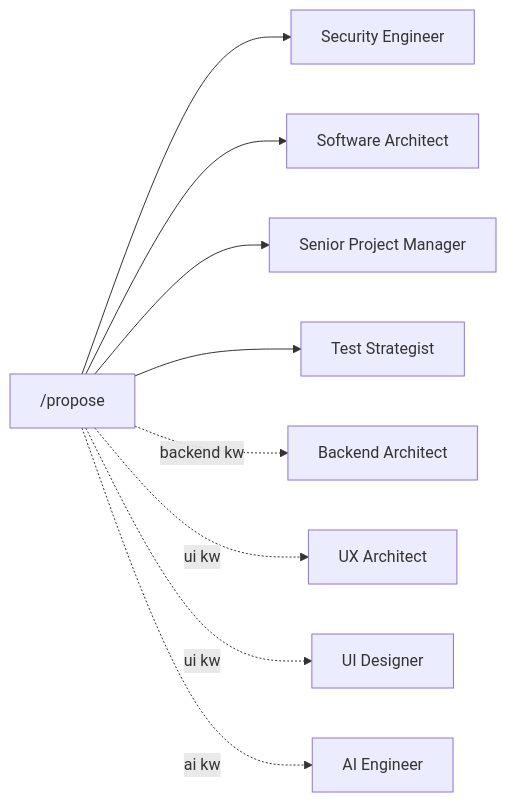
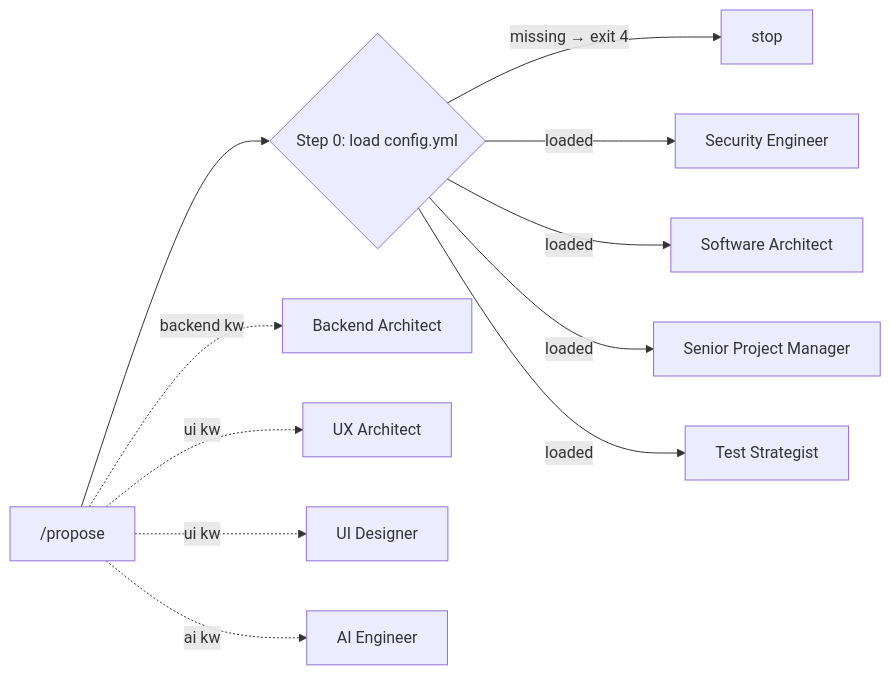
The sixth of 14 diagrams in docs/workflow-diagram.md (AlarQ/SDD-hub), drawn with Mermaid before and after one commit. The commit also changed other lines of this file and 79 other files, not shown here.

````diff
--- a/docs/workflow-diagram.md
+++ b/docs/workflow-diagram.md
@@ -224,11 +248,13 @@
 ```mermaid
 graph LR
-    PR["/propose"] --> SE[Security Engineer]
-    PR --> SA[Software Architect]
-    PR --> SPM[Senior Project Manager]
-    PR --> TSG[Test Strategist]
+    PR["/propose"] --> CFG0{Step 0: load config.yml}
+    CFG0 -->|missing → exit 4| STOP_PR[stop]
+    CFG0 -->|loaded| SE[Security Engineer]
+    CFG0 -->|loaded| SA[Software Architect]
+    CFG0 -->|loaded| SPM[Senior Project Manager]
+    CFG0 -->|loaded| TSG[Test Strategist]
     PR -.->|backend kw| BA[Backend Architect]
     PR -.->|ui kw| UXA[UX Architect]
     PR -.->|ui kw| UID[UI Designer]
     PR -.->|ai kw| AIE[AI Engineer]
 ```
````
